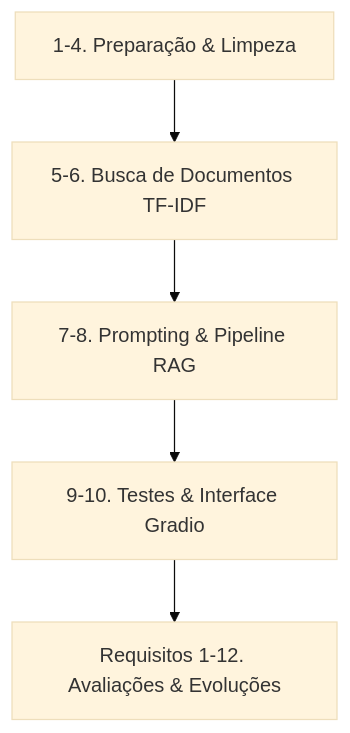
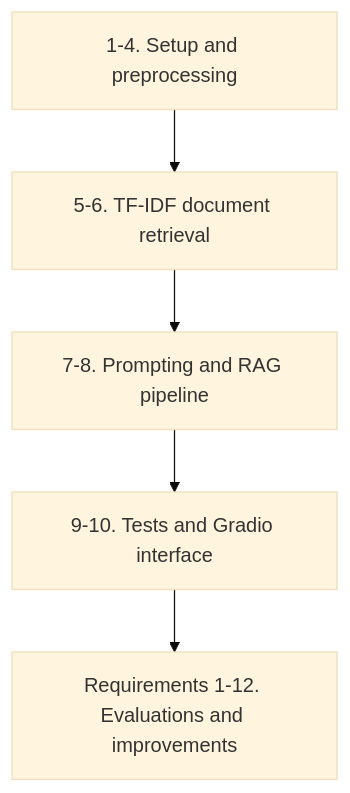
The diagram in notebooks/README.md (joaopmarinho/Assistente-Diversa), drawn with Mermaid (base theme) before and after one commit. The commit also changed other lines of this file and 8 other files, not shown here.

````diff
--- a/notebooks/README.md
+++ b/notebooks/README.md
@@ -51,7 +51,7 @@
 ```mermaid
 graph TD
-    A[1-4. Preparação & Limpeza] --> B[5-6. Busca de Documentos TF-IDF]
-    B --> C[7-8. Prompting & Pipeline RAG]
-    C --> D[9-10. Testes & Interface Gradio]
-    D --> E[Requisitos 1-12. Avaliações & Evoluções]
+    A[1-4. Setup and preprocessing] --> B[5-6. TF-IDF document retrieval]
+    B --> C[7-8. Prompting and RAG pipeline]
+    C --> D[9-10. Tests and Gradio interface]
+    D --> E[Requirements 1-12. Evaluations and improvements]
 ```
````
